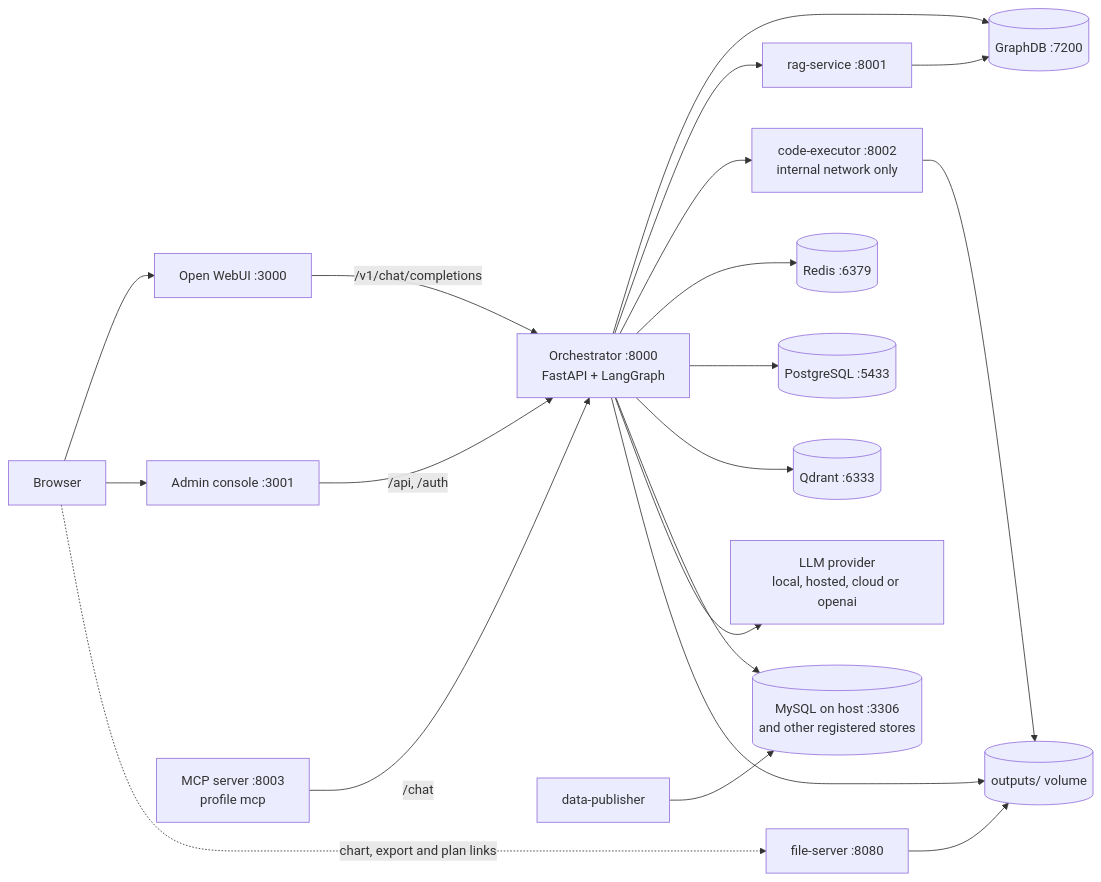
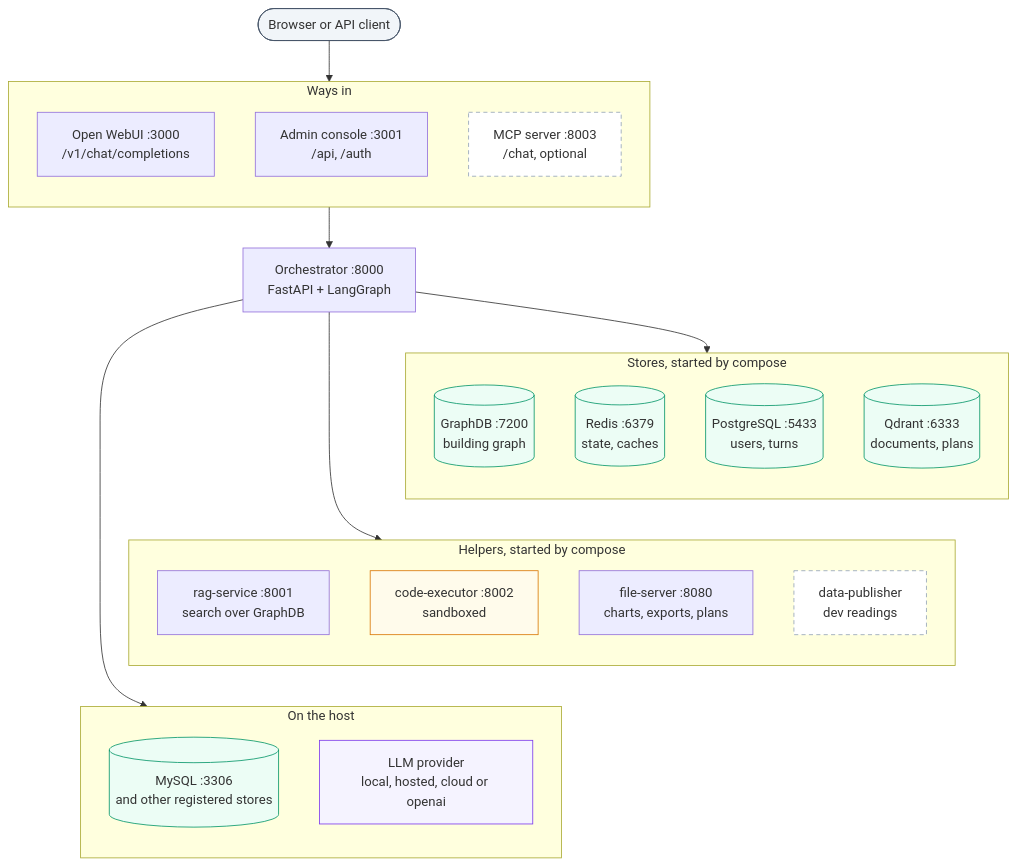
The first of 4 diagrams in _docs/architecture.md (suhasdevmane/suhasdevmane.github.io), drawn with Mermaid before and after one commit. The commit also changed other lines of this file and 958 other files, not shown here.

````diff
--- a/_docs/architecture.md
+++ b/_docs/architecture.md
@@ -55,39 +54,49 @@
 ```mermaid
-flowchart LR
-    browser["Browser"]
-    owui["Open WebUI :3000"]
-    panel["Admin console :3001"]
-    mcp["MCP server :8003<br/>profile mcp"]
+%% caption: The services of one running building. Docker compose starts the ways in, the orchestrator, the stores and the helpers; MySQL and a local model run on the host.
+flowchart TB
+    browser(["Browser or API client"]):::user
+
+    subgraph clients["Ways in"]
+        direction TB
+        owui["Open WebUI :3000<br/>/v1/chat/completions"]
+        panel["Admin console :3001<br/>/api, /auth"]
+        mcp["MCP server :8003<br/>/chat, optional"]:::ext
+    end
+
     orch["Orchestrator :8000<br/>FastAPI + LangGraph"]
-    graphdb[("GraphDB :7200")]
-    rag["rag-service :8001"]
-    exec["code-executor :8002<br/>internal network only"]
-    redis[("Redis :6379")]
-    pg[("PostgreSQL :5433")]
-    qdrant[("Qdrant :6333")]
-    mysql[("MySQL on host :3306<br/>and other registered stores")]
-    llm["LLM provider<br/>local, hosted, cloud or openai"]
-    pub["data-publisher"]
-    out[("outputs/ volume")]
-    fs["file-server :8080"]
 
-    browser --> owui
-    browser --> panel
-    owui -->|"/v1/chat/completions"| orch
-    panel -->|"/api, /auth"| orch
-    mcp -->|"/chat"| orch
-    orch --> graphdb
-    orch --> rag
-    rag --> graphdb
-    orch --> exec
-    orch --> redis
-    orch --> pg
-    orch --> qdrant
-    orch --> mysql
-    orch --> llm
-    pub --> mysql
-    orch --> out
-    exec --> out
-    fs --> out
-    browser -.->|"chart, export and plan links"| fs
+    subgraph stores["Stores, started by compose"]
+        direction TB
+        graphdb[("GraphDB :7200<br/>building graph")]:::store
+        redis[("Redis :6379<br/>state, caches")]:::store
+        pg[("PostgreSQL :5433<br/>users, turns")]:::store
+        qdrant[("Qdrant :6333<br/>documents, plans")]:::store
+    end
+
+    subgraph helpers["Helpers, started by compose"]
+        direction TB
+        rag["rag-service :8001<br/>search over GraphDB"]
+        exec["code-executor :8002<br/>sandboxed"]:::check
+        fs["file-server :8080<br/>charts, exports, plans"]
+        pub["data-publisher<br/>dev readings"]:::ext
+    end
+
+    subgraph host["On the host"]
+        direction TB
+        mysql[("MySQL :3306<br/>and other registered stores")]:::store
+        llm["LLM provider<br/>local, hosted, cloud or openai"]:::llm
+    end
+
+    browser --> clients
+    clients --> orch
+    orch --> stores
+    orch --> helpers
+    orch --> host
+    stores ~~~ helpers ~~~ host
+
+    classDef store fill:#ecfdf5,stroke:#059669
+    classDef llm fill:#f5f3ff,stroke:#7c3aed
+    classDef check fill:#fffbeb,stroke:#d97706
+    classDef user fill:#f1f5f9,stroke:#475569
+    classDef ext fill:#ffffff,stroke:#94a3b8,stroke-dasharray:5 4
 ```
````
